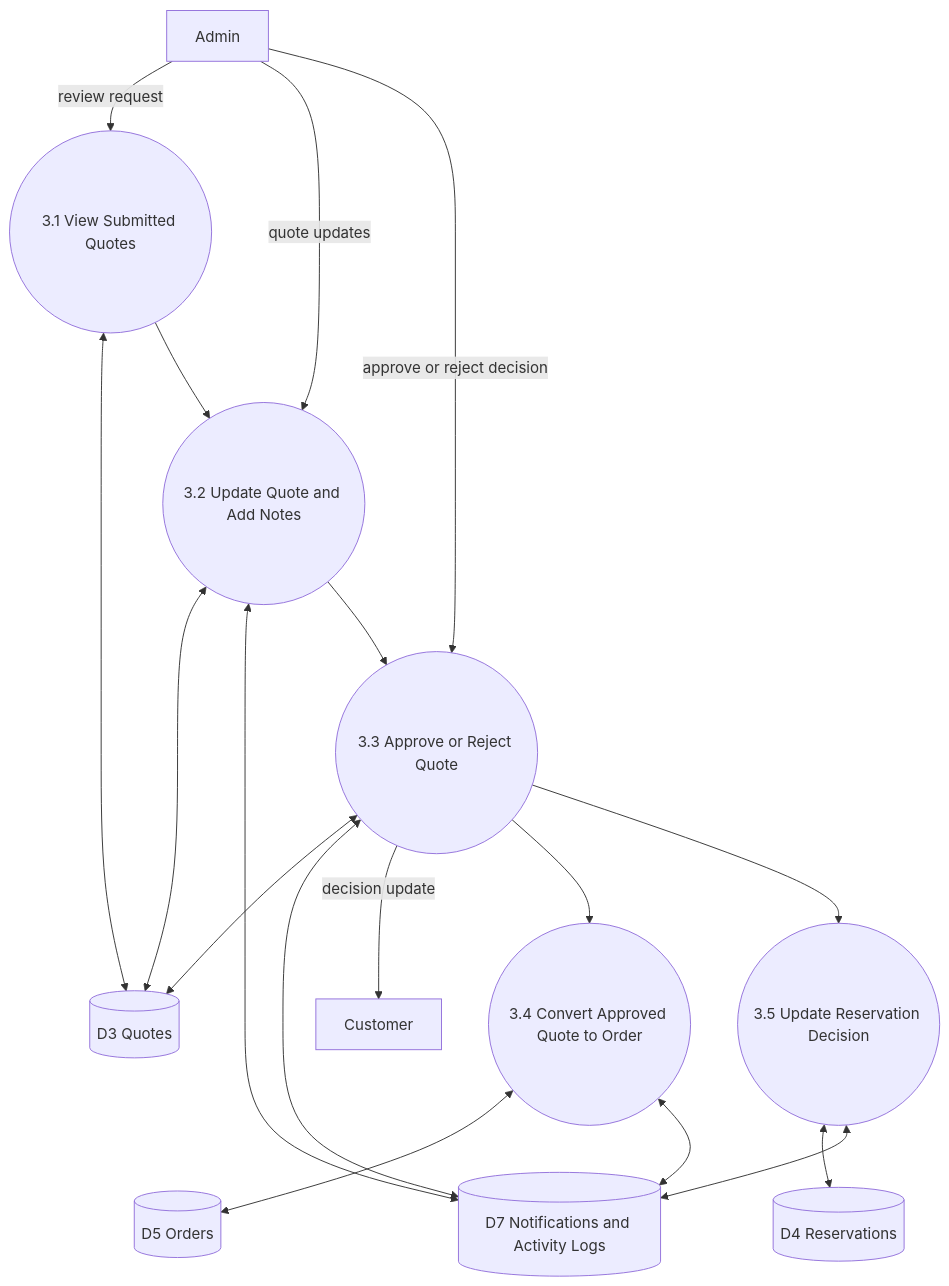
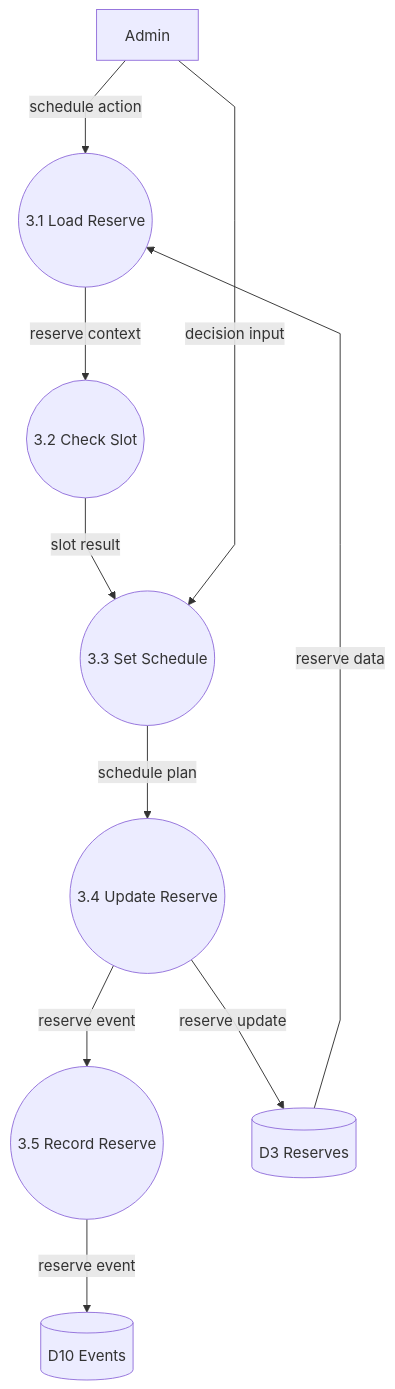
One commit to theilei/ermel changed the fifth of 11 diagrams in DFD-Ermel-System.md. Above: the diagram before and after it, drawn with Mermaid. The commit also changed other lines of this file, not shown here.

````diff
--- a/DFD-Ermel-System.md
+++ b/DFD-Ermel-System.md
@@ -181,38 +200,26 @@
 ```mermaid
+%%{init: {"flowchart":{"curve":"linear","nodeSpacing":45,"rankSpacing":75}}}%%
 flowchart TB
-    A[Admin]
-    C[Customer]
+  ADMIN[Admin]
 
-    P31((3.1 View Submitted Quotes))
-    P32((3.2 Update Quote and Add Notes))
-    P33((3.3 Approve or Reject Quote))
-    P34((3.4 Convert Approved Quote to Order))
-    P35((3.5 Update Reservation Decision))
+  P31((3.1 Load Reserve))
+  P32((3.2 Check Slot))
+  P33((3.3 Set Schedule))
+  P34((3.4 Update Reserve))
+  P35((3.5 Record Reserve))
 
-    D3[(D3 Quotes)]
-    D4[(D4 Reservations)]
-    D5[(D5 Orders)]
-    D7[(D7 Notifications and Activity Logs)]
+  D3[(D3 Reserves)]
+  D10[(D10 Events)]
 
-    A -->|review request| P31
-    P31 <--> D3
-    P31 --> P32
+  ADMIN -->|schedule action| P31
+  D3 -->|reserve data| P31
+  P31 -->|reserve context| P32
 
-    A -->|quote updates| P32
-    P32 <--> D3
-    P32 <--> D7
-    P32 --> P33
+  P32 -->|slot result| P33
+  ADMIN -->|decision input| P33
+  P33 -->|schedule plan| P34
 
-    A -->|approve or reject decision| P33
-    P33 <--> D3
-    P33 <--> D7
-    P33 -->|decision update| C
-    P33 --> P34
-    P33 --> P35
-
-    P34 <--> D5
-    P34 <--> D7
-
-    P35 <--> D4
-    P35 <--> D7
+  P34 -->|reserve update| D3
+  P34 -->|reserve event| P35
+  P35 -->|reserve event| D10
 ```
````
